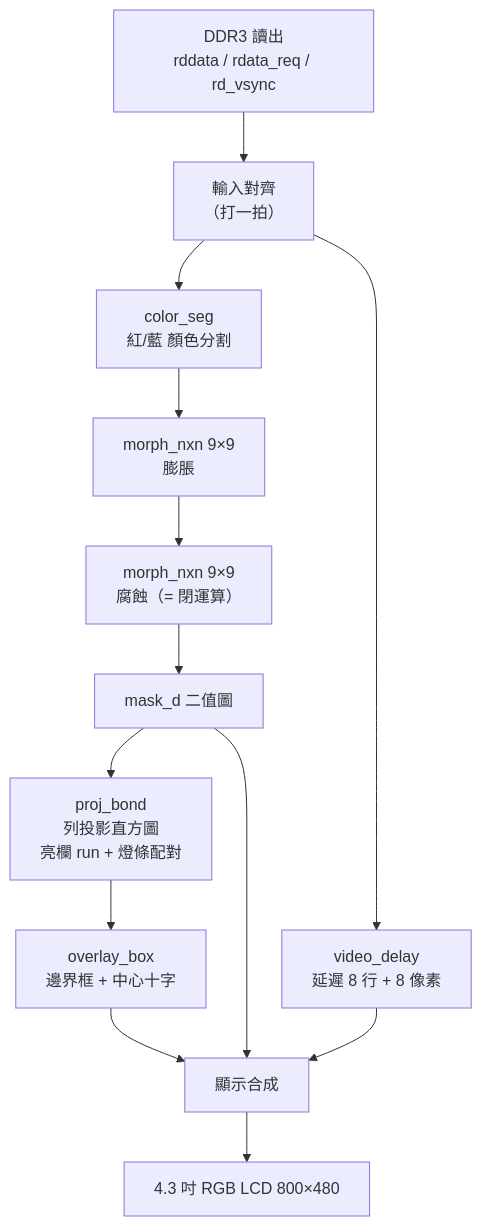
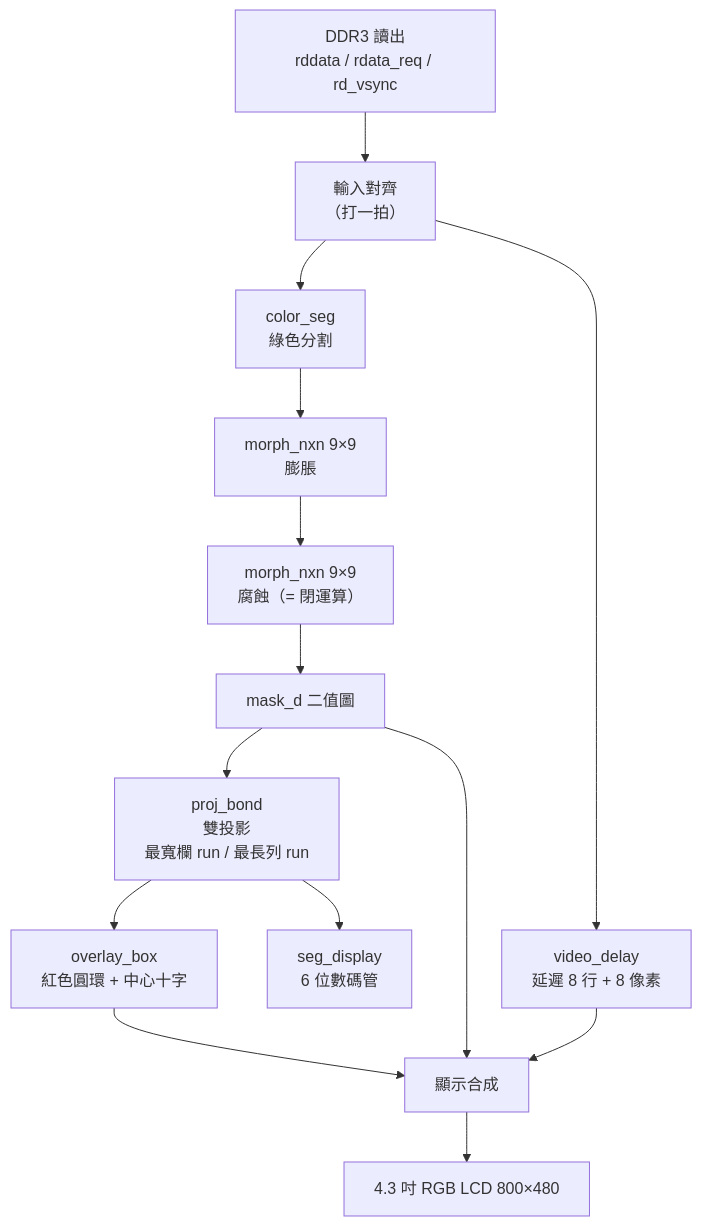
Before and after one commit to Eddie-Duan/FPGA4dart: the second of 2 diagrams in README.md, drawn with Mermaid. The commit also changed other lines of this file and 28 other files, not shown here.

````diff
--- a/README.md
+++ b/README.md
@@ -339,15 +409,16 @@
 ```mermaid
 flowchart TD
     IN["DDR3 讀出<br/>rddata / rdata_req / rd_vsync"] --> ALIGN["輸入對齊<br/>（打一拍）"]
-    ALIGN --> SEG["color_seg<br/>紅/藍 顏色分割"]
+    ALIGN --> SEG["color_seg<br/>綠色分割"]
     SEG --> DIL["morph_nxn 9×9<br/>膨脹"]
     DIL --> ERO["morph_nxn 9×9<br/>腐蝕（= 閉運算）"]
     ERO --> MASK["mask_d 二值圖"]
     ALIGN --> DLY["video_delay<br/>延遲 8 行 + 8 像素"]
-    MASK --> PROJ["proj_bond<br/>列投影直方圖<br/>亮欄 run + 燈條配對"]
+    MASK --> PROJ["proj_bond<br/>雙投影<br/>最寬欄 run / 最長列 run"]
     MASK --> MIX["顯示合成"]
     DLY --> MIX
-    PROJ --> OVL["overlay_box<br/>邊界框 + 中心十字"]
+    PROJ --> OVL["overlay_box<br/>紅色圓環 + 中心十字"]
+    PROJ --> SEGD["seg_display<br/>6 位數碼管"]
     OVL --> MIX
     MIX --> LCD["4.3 吋 RGB LCD 800×480"]
 ```
````
